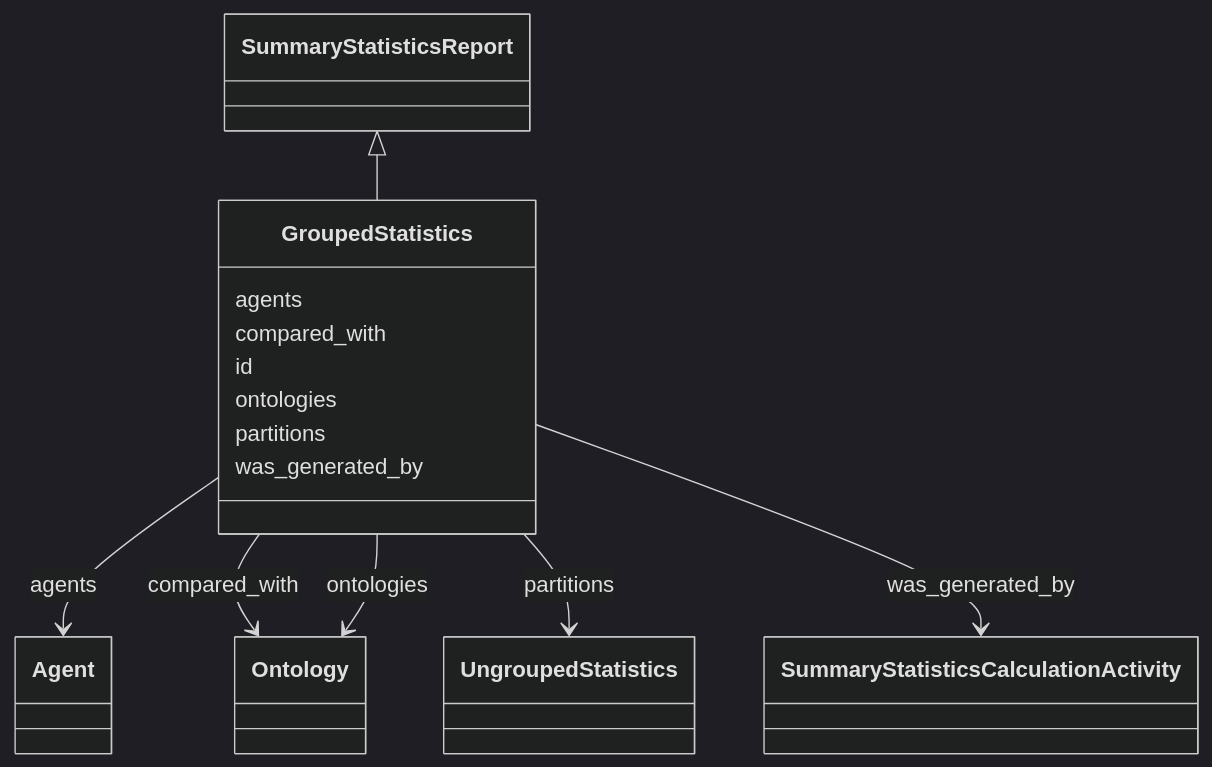
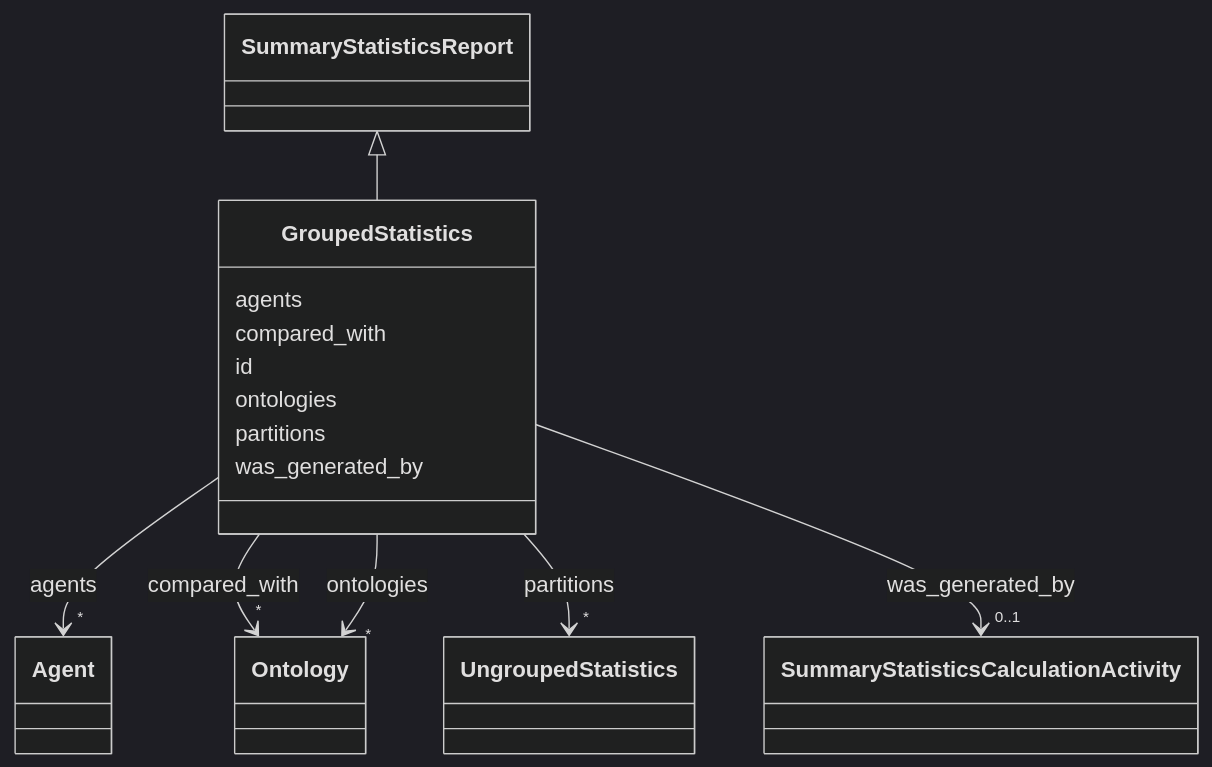
The diagram in summary-statistics/GroupedStatistics.md (INCATools/ontology-access-kit), drawn with Mermaid (dark theme) before and after one commit. The commit also changed other lines of this file and 3329 other files, not shown here.

````diff
--- a/summary-statistics/GroupedStatistics.md
+++ b/summary-statistics/GroupedStatistics.md
@@ -17,29 +19,56 @@
 ```{mermaid}
  classDiagram
     class GroupedStatistics
+    click GroupedStatistics href "../GroupedStatistics"
       SummaryStatisticsReport <|-- GroupedStatistics
+        click SummaryStatisticsReport href "../SummaryStatisticsReport"
       
       GroupedStatistics : agents
         
-          GroupedStatistics --> Agent : agents
+          
+    
+    
+    GroupedStatistics --> "*" Agent : agents
+    click Agent href "../Agent"
+
         
       GroupedStatistics : compared_with
         
-          GroupedStatistics --> Ontology : compared_with
+          
+    
+    
+    GroupedStatistics --> "*" Ontology : compared_with
+    click Ontology href "../Ontology"
+
         
       GroupedStatistics : id
         
       GroupedStatistics : ontologies
         
-          GroupedStatistics --> Ontology : ontologies
+          
+    
+    
+    GroupedStatistics --> "*" Ontology : ontologies
+    click Ontology href "../Ontology"
+
         
       GroupedStatistics : partitions
         
-          GroupedStatistics --> UngroupedStatistics : partitions
+          
+    
+    
+    GroupedStatistics --> "*" UngroupedStatistics : partitions
+    click UngroupedStatistics href "../UngroupedStatistics"
+
         
       GroupedStatistics : was_generated_by
         
-          GroupedStatistics --> SummaryStatisticsCalculationActivity : was_generated_by
+          
+    
+    
+    GroupedStatistics --> "0..1" SummaryStatisticsCalculationActivity : was_generated_by
+    click SummaryStatisticsCalculationActivity href "../SummaryStatisticsCalculationActivity"
+
         
       
 ```
````
